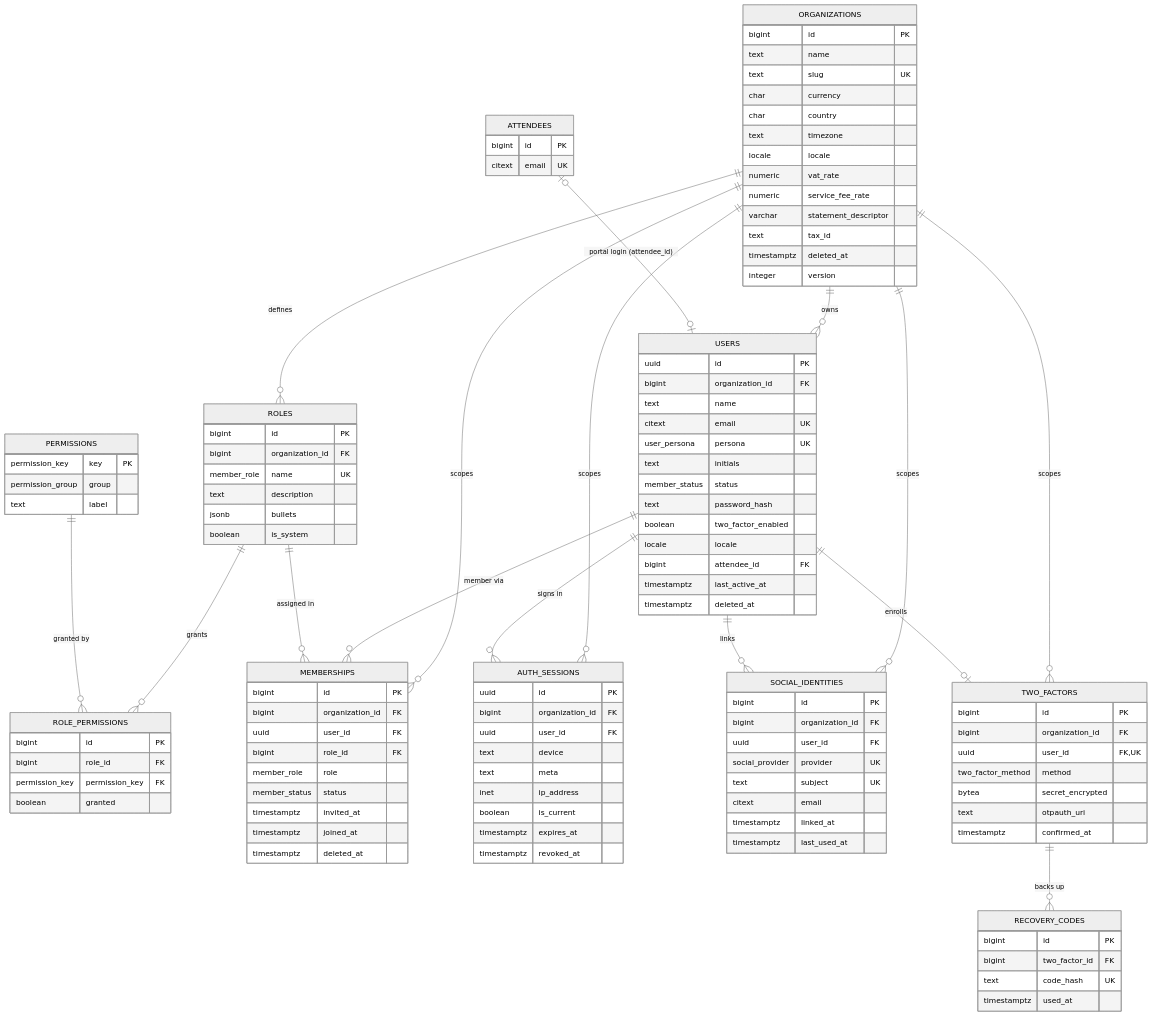
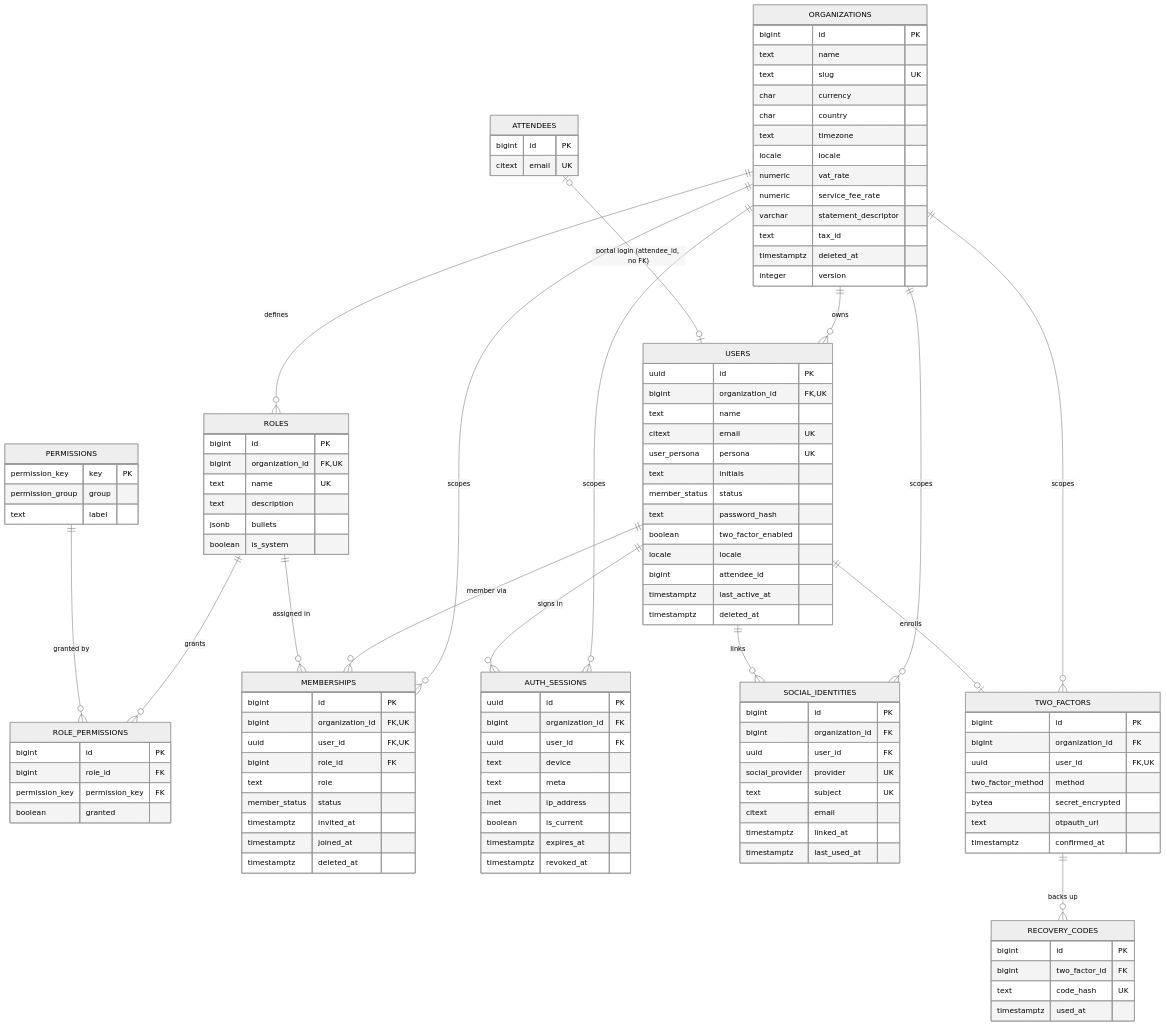
Before and after one commit to kaungkhantdev/eventa-docs: the second of 13 diagrams in 04-architecture/erd.md, drawn with Mermaid (neutral theme). The commit also changed other lines of this file and 9 other files, not shown here.

First line of the commit message:
docs(erd): saved_events is the seventh junction; payment_settings is 1:1

```diff
--- a/04-architecture/erd.md
+++ b/04-architecture/erd.md
@@ -629,7 +724,7 @@
     }
     USERS {
         uuid id PK
-        bigint organization_id FK
+        bigint organization_id FK,UK
         text name
         citext email UK
         user_persona persona UK
@@ -638,14 +733,14 @@
         text password_hash
         boolean two_factor_enabled
         locale locale
-        bigint attendee_id FK
+        bigint attendee_id
         timestamptz last_active_at
         timestamptz deleted_at
     }
     ROLES {
         bigint id PK
-        bigint organization_id FK
-        member_role name UK
+        bigint organization_id FK,UK
+        text name UK
         text description
         jsonb bullets
         boolean is_system
@@ -663,10 +758,10 @@
     }
     MEMBERSHIPS {
         bigint id PK
-        bigint organization_id FK
-        uuid user_id FK
+        bigint organization_id FK,UK
+        uuid user_id FK,UK
         bigint role_id FK
-        member_role role
+        text role
         member_status status
         timestamptz invited_at
         timestamptz joined_at
@@ -719,7 +814,7 @@
     ORGANIZATIONS ||--o{ AUTH_SESSIONS : "scopes"
     ORGANIZATIONS ||--o{ SOCIAL_IDENTITIES : "scopes"
     ORGANIZATIONS ||--o{ TWO_FACTORS : "scopes"
-    ATTENDEES |o--o| USERS : "portal login (attendee_id)"
+    ATTENDEES |o--o| USERS : "portal login (attendee_id, no FK)"
     USERS ||--o{ MEMBERSHIPS : "member via"
     ROLES ||--o{ MEMBERSHIPS : "assigned in"
     ROLES ||--o{ ROLE_PERMISSIONS : "grants"
```
